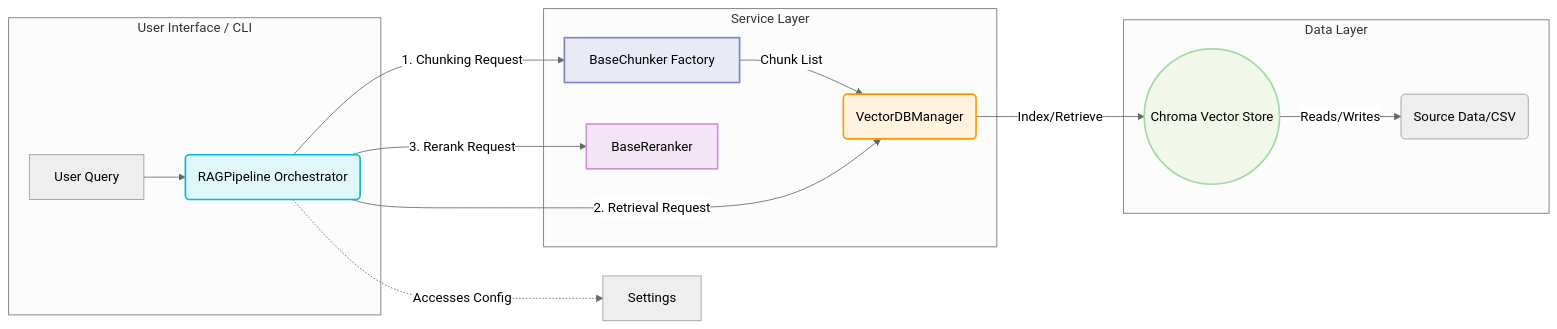
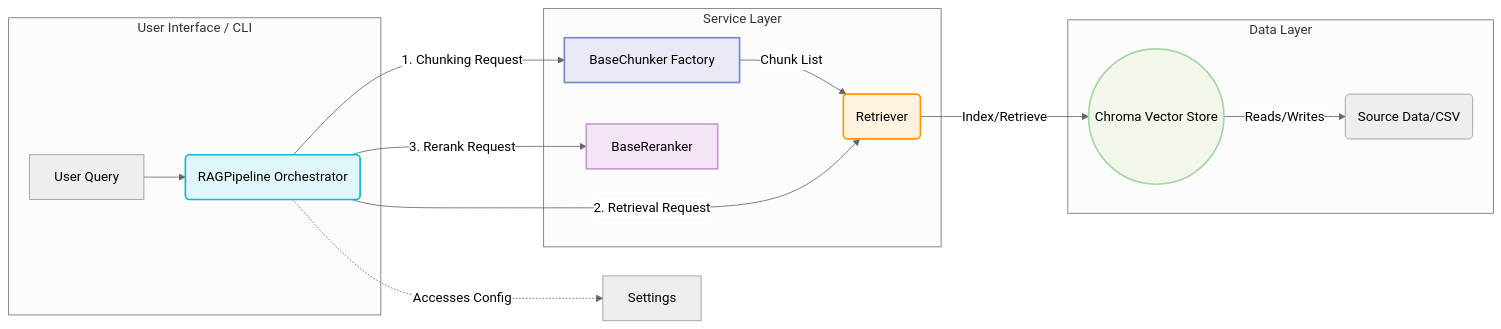
One commit to tomdevtech/LocalRAGPipelineModular changed the diagram in README.md. Above: the diagram before and after it, drawn with Mermaid (neutral theme). The commit also changed other lines of this file and 35 other files, not shown here.

````diff
--- a/README.md
+++ b/README.md
@@ -10,26 +10,26 @@
 ```mermaid
 graph LR
     subgraph User Interface / CLI
         CLI[User Query] --> OP(RAGPipeline Orchestrator);
     end
 
     subgraph Service Layer
         OP -->|1. Chunking Request| CH[BaseChunker Factory];
-        CH -->|Chunk List| VDBM(VectorDBManager);
+        CH -->|Chunk List| VDBM(Retriever);
         OP --> |2. Retrieval Request| VDBM;
         OP --> |3. Rerank Request| RR[BaseReranker];
     end
 
     subgraph Data Layer
         VDBM -->|Index/Retrieve| DB((Chroma Vector Store));
         DB -- Reads/Writes --> Data(Source Data/CSV);
     end
 
     OP -.->|Accesses Config| CF[Settings];
 
     style OP fill:#e0f7fa,stroke:#00bcd4,stroke-width:2px
     style VDBM fill:#fff3e0,stroke:#ff9800,stroke-width:2px
     style CH fill:#e8eaf6,stroke:#7986cb,stroke-width:2px
     style RR fill:#f3e5f5,stroke:#ce93d8,stroke-width:2px
     style DB fill:#f1f8e9,stroke:#a5d6a7,stroke-width:2px
 ```
````
